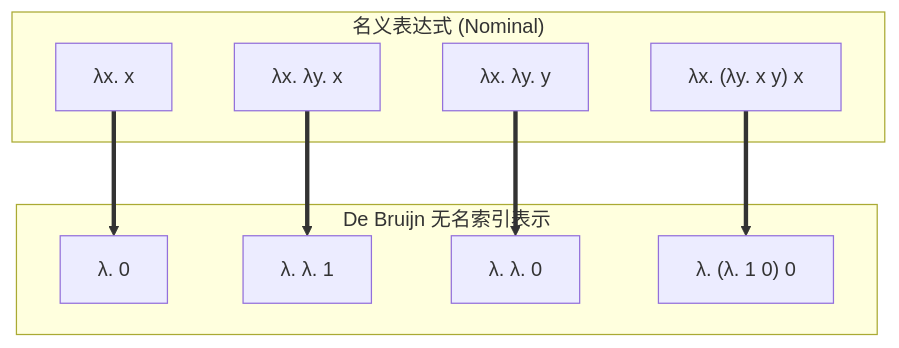
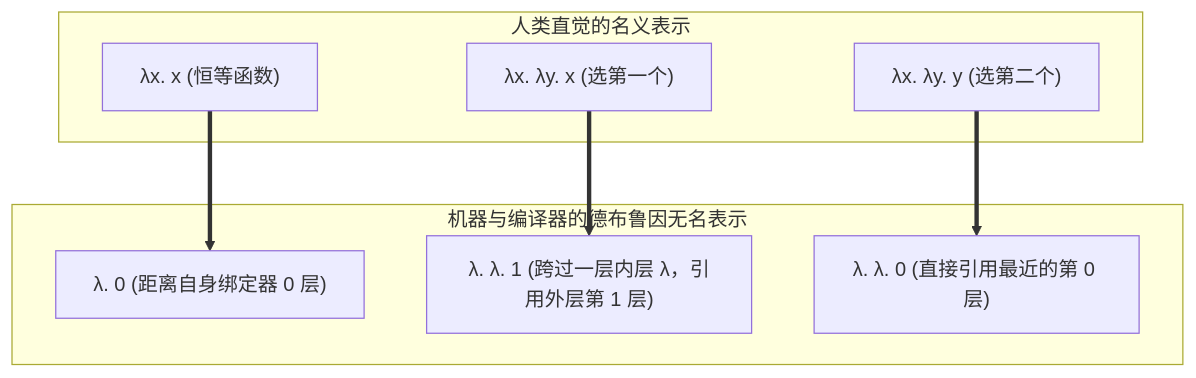
Before and after one commit to jihaohaaaa/gfxvis: the third of 3 diagrams in src/content/posts/type-systems/untyped-lambda-calculus.mdx, drawn with Mermaid. The commit also changed other lines of this file and 6 other files, not shown here.

Commit message:
feat(content): add subtype and variance article, interactive diagram, and E2E tests

````diff
--- a/src/content/posts/type-systems/untyped-lambda-calculus.mdx
+++ b/src/content/posts/type-systems/untyped-lambda-calculus.mdx
@@ -399,21 +458,18 @@
 ```mermaid
 flowchart TD
-  subgraph Nominal["名义表达式 (Nominal)"]
-    N1["λx. x"]
-    N2["λx. λy. x"]
-    N3["λx. λy. y"]
-    N4["λx. (λy. x y) x"]
-  end
+    subgraph Human["人类直觉的名义表示"]
+        H1["λx. x (恒等函数)"]
+        H2["λx. λy. x (选第一个)"]
+        H3["λx. λy. y (选第二个)"]
+    end
 
-  subgraph DeBruijn["De Bruijn 无名索引表示"]
-    D1["λ. 0"]
-    D2["λ. λ. 1"]
-    D3["λ. λ. 0"]
-    D4["λ. (λ. 1 0) 0"]
-  end
+    subgraph Machine["机器与编译器的德布鲁因无名表示"]
+        M1["λ. 0 (距离自身绑定器 0 层)"]
+        M2["λ. λ. 1 (跨过一层内层 λ，引用外层第 1 层)"]
+        M3["λ. λ. 0 (直接引用最近的第 0 层)"]
+    end
 
-  N1 ==> D1
-  N2 ==> D2
-  N3 ==> D3
-  N4 ==> D4
+    H1 ==> M1
+    H2 ==> M2
+    H3 ==> M3
 ```
````
